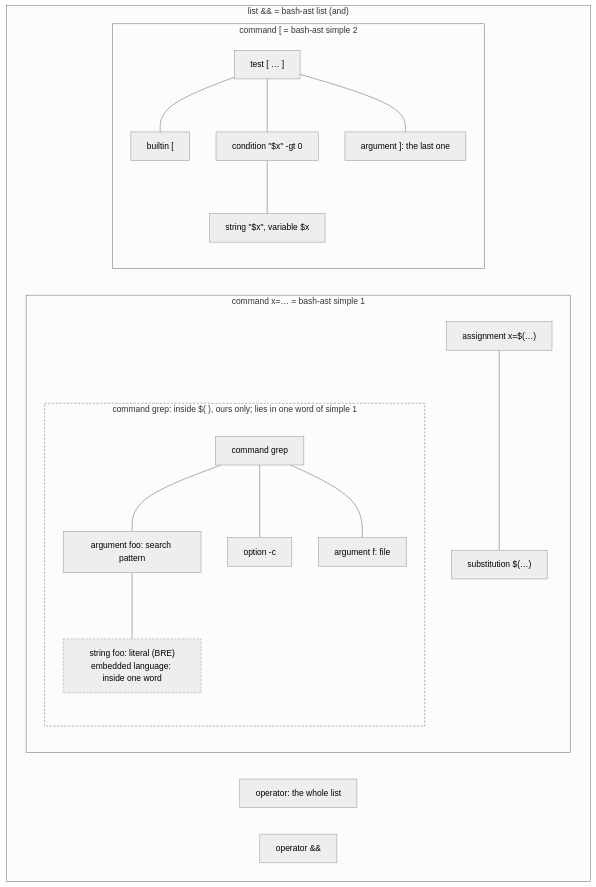
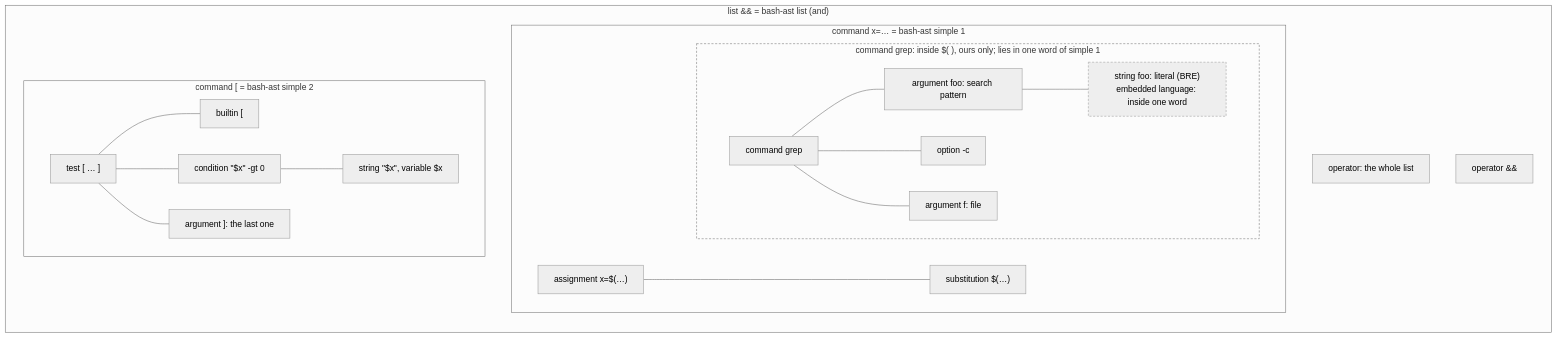
Before and after one commit to sf624/bash-explainer: the third of 3 diagrams in docs/design/syntax-tree.md, drawn with Mermaid (neutral theme). The commit also changed other lines of this file, not shown here.

First line of the commit message:
Design of command nodes: fixes from the review, and diagrams without crossing links

````diff
--- a/docs/design/syntax-tree.md
+++ b/docs/design/syntax-tree.md
@@ -279,37 +288,37 @@
 ```mermaid
-flowchart TB
+flowchart LR
   subgraph K1["list #amp;#amp; = bash-ast list (and)"]
     T0["operator: the whole list"]
     T8["operator #amp;#amp;"]
     subgraph K2["command x=… = bash-ast simple 1"]
       T1["assignment x=$(…)"]
       T2["substitution $(…)"]
       subgraph K3["command grep: inside $( ), ours only; lies in one word of simple 1"]
         T3["command grep"]
         T4["option -c"]
         T5["argument foo: search pattern"]
         T6["string foo: literal (BRE)<br/>embedded language: inside one word"]
         T7["argument f: file"]
       end
     end
     subgraph K4["command [ = bash-ast simple 2"]
       T9["test [ … ]"]
       T10["builtin ["]
       T11["condition #quot;$x#quot; -gt 0"]
       T12["string #quot;$x#quot;, variable $x"]
       T14["argument ]: the last one"]
     end
   end
   T5 --- T6
   T9 --- T10
   T9 --- T11
   T11 --- T12
   T9 --- T14
   T3 --- T4
   T3 --- T5
   T3 --- T7
   T1 --- T2
   classDef exception stroke-dasharray:4 3
   class T6 exception
   style K3 stroke-dasharray:4 3
 ```
````
